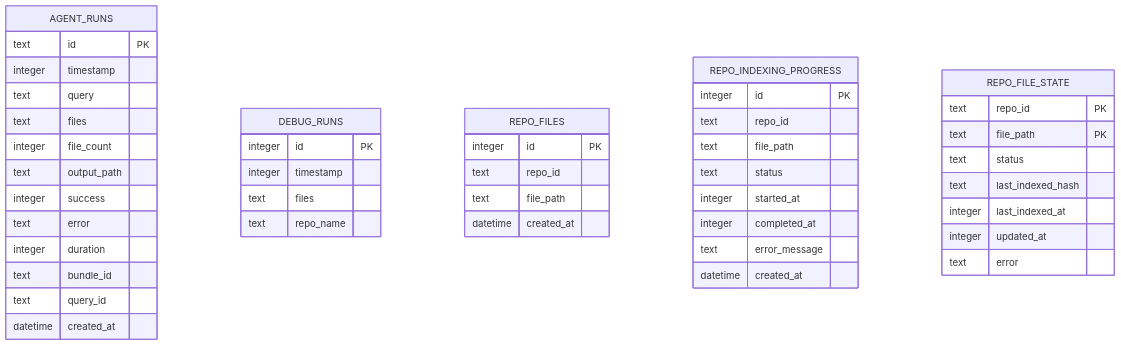
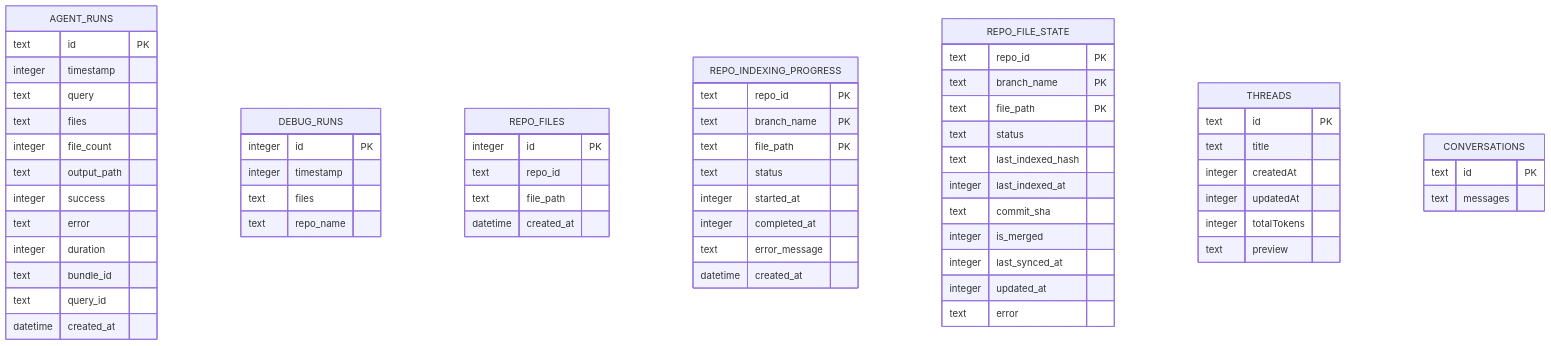
The fifth of 7 diagrams in .qoder/repowiki/en/content/Storage System/Storage System.md (bramburn/repomix-runner), drawn with Mermaid before and after one commit. The commit also changed other lines of this file and 19 other files, not shown here.

````diff
--- a/.qoder/repowiki/en/content/Storage System/Storage System.md
+++ b/.qoder/repowiki/en/content/Storage System/Storage System.md
@@ -234,48 +310,64 @@
 ```mermaid
 erDiagram
 AGENT_RUNS {
 text id PK
 integer timestamp
 text query
 text files
 integer file_count
 text output_path
 integer success
 text error
 integer duration
 text bundle_id
 text query_id
 datetime created_at
 }
 DEBUG_RUNS {
 integer id PK
 integer timestamp
 text files
 text repo_name
 }
 REPO_FILES {
 integer id PK
 text repo_id
 text file_path
 datetime created_at
 }
 REPO_INDEXING_PROGRESS {
-integer id PK
-text repo_id
-text file_path
+text repo_id PK
+text branch_name PK
+text file_path PK
 text status
 integer started_at
 integer completed_at
 text error_message
 datetime created_at
 }
 REPO_FILE_STATE {
 text repo_id PK
+text branch_name PK
 text file_path PK
 text status
 text last_indexed_hash
 integer last_indexed_at
+text commit_sha
+integer is_merged
+integer last_synced_at
 integer updated_at
 text error
 }
+THREADS {
+text id PK
+text title
+integer createdAt
+integer updatedAt
+integer totalTokens
+text preview
+}
+CONVERSATIONS {
+text id PK
+text messages
+}
 ```
````
